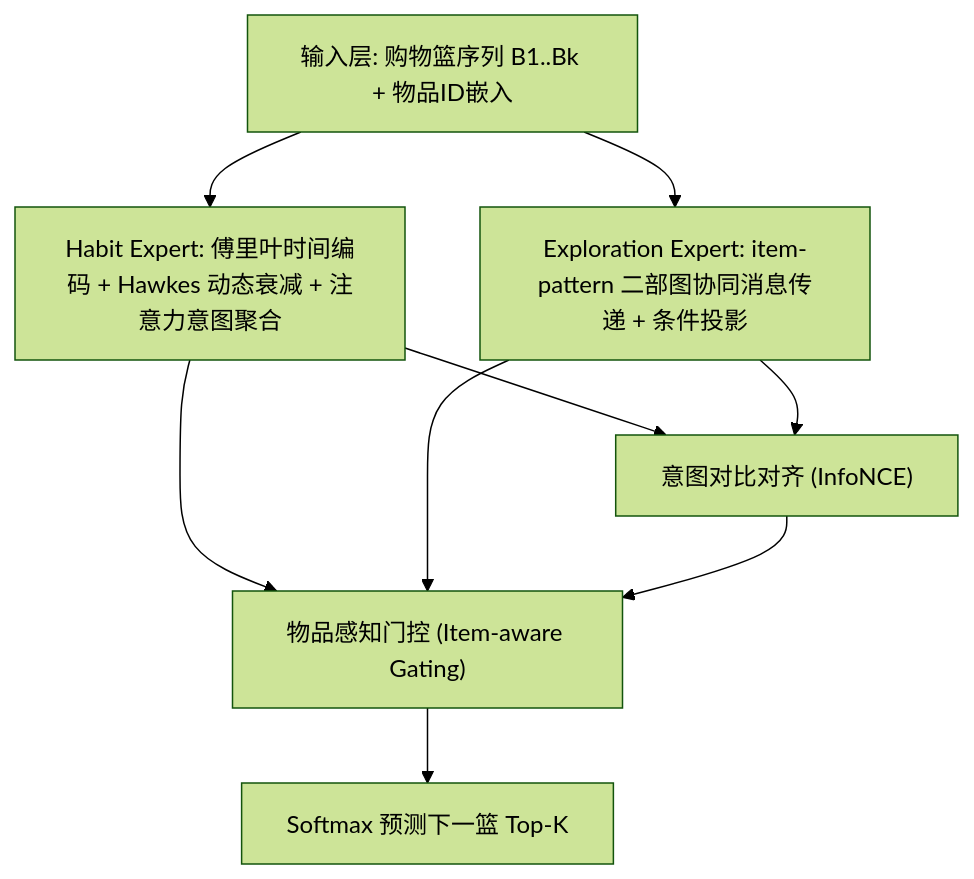
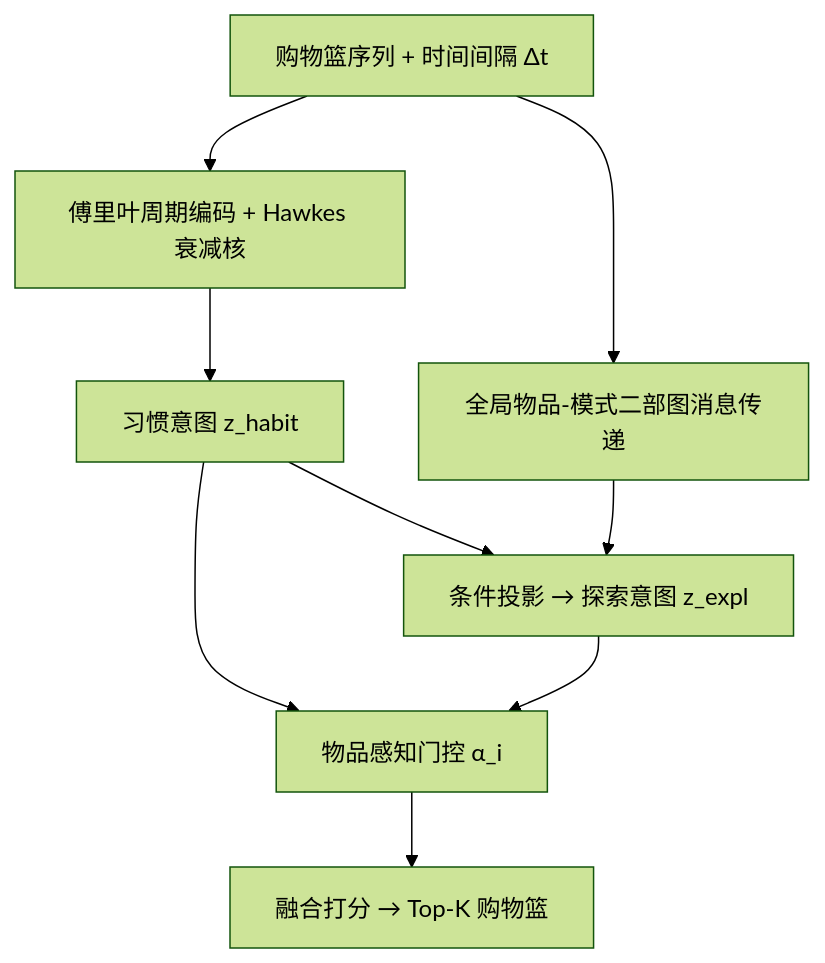
One commit to jbdcia321vw/Paper-Notes changed the diagram in docs/venues/SIGIR/2026/sequential_rec/time_interval_aware_disentangled_expert_modeling_for_next_basket_recommenda.md. Above: the diagram before and after it, drawn with Mermaid (forest theme). The commit also changed other lines of this file and 1119 other files, not shown here.

````diff
--- a/docs/venues/SIGIR/2026/sequential_rec/time_interval_aware_disentangled_expert_modeling_for_next_basket_recommenda.md
+++ b/docs/venues/SIGIR/2026/sequential_rec/time_interval_aware_disentangled_expert_modeling_for_next_basket_recommenda.md
@@ -69,11 +51,11 @@
 ```mermaid
 flowchart TD
-    A["输入层: 购物篮序列 B1..Bk + 物品ID嵌入"] --> B1["Habit Expert: 傅里叶时间编码 + Hawkes 动态衰减 + 注意力意图聚合"]
-    A --> B2["Exploration Expert: item-pattern 二部图协同消息传递 + 条件投影"]
-    B1 --> C["意图对比对齐 (InfoNCE)"]
-    B2 --> C
-    B1 --> D["物品感知门控 (Item-aware Gating)"]
-    B2 --> D
-    C --> D
-    D --> E["Softmax 预测下一篮 Top-K"]
+    A["购物篮序列 + 时间间隔 Δt"] --> B["傅里叶周期编码 + Hawkes 衰减核"]
+    A --> C["全局物品-模式二部图消息传递"]
+    B --> D["习惯意图 z_habit"]
+    D --> E["条件投影 → 探索意图 z_expl"]
+    C --> E
+    D --> F["物品感知门控 α_i"]
+    E --> F
+    F --> G["融合打分 → Top-K 购物篮"]
 ```
````
